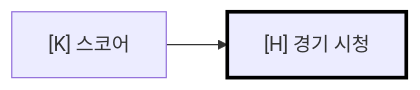
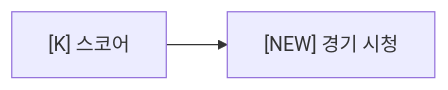
One commit to garimto81/claude changed the seventh of 7 diagrams in .claude/rules/11-ascii-diagram.md. Above: the diagram before and after it, drawn with Mermaid. The commit also changed other lines of this file and 73 other files, not shown here.

First line of the commit message:
feat: 워크플로우 v25.1 통합 — 스킬 감사 + POC 정리 + PokerGFX VM 스크립트

````diff
--- a/.claude/rules/11-ascii-diagram.md
+++ b/.claude/rules/11-ascii-diagram.md
@@ -323,6 +324,5 @@
 ```mermaid
 %% Stage 2 예시: H가 신규 노드
 flowchart LR
-    K["[K] 스코어"] --> H["[H] 경기 시청"]:::new
-    classDef new stroke-width:3px,stroke:#000
+    K["[K] 스코어"] --> H["[NEW] 경기 시청"]
 ```
````
